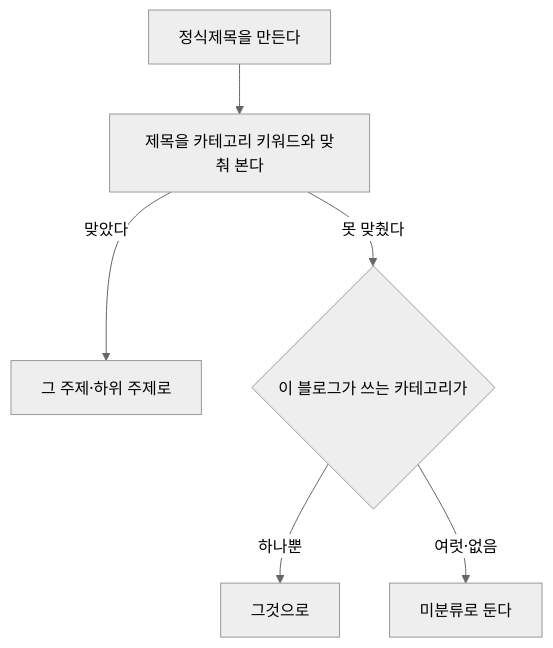
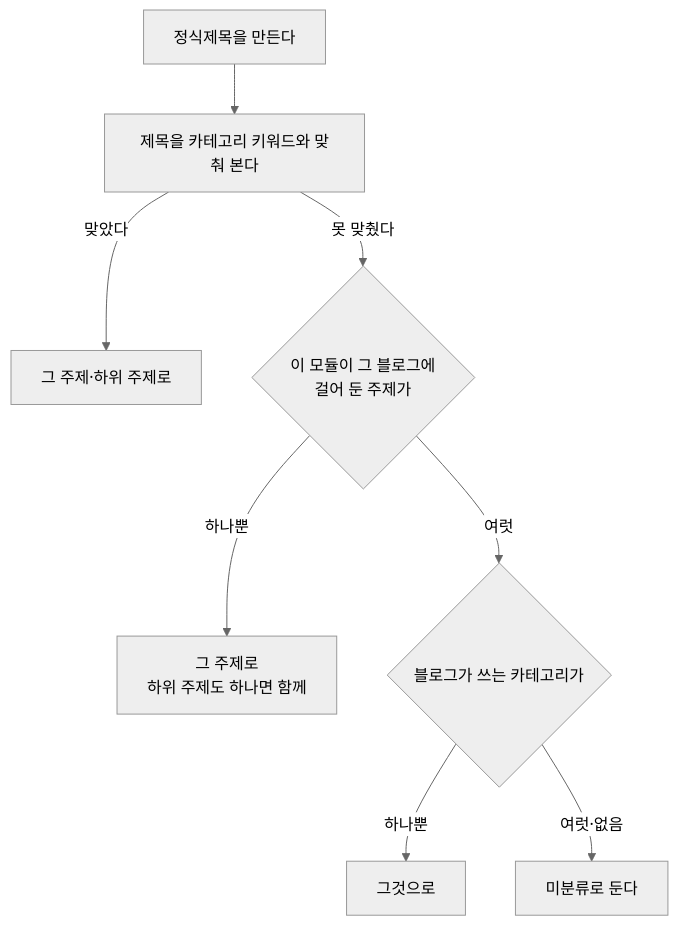
Before and after one commit to jteen-lab/blogauto_v2: the diagram in services/republish/docs/flowcharts/workbench_title_category.md, drawn with Mermaid (neutral theme). The commit also changed other lines of this file and 1 other file, not shown here.

Commit message:
fix(workbench): 모듈이 걸어 둔 주제로도 카테고리를 채운다
제목 키워드 매칭만으로는 여덟 건 중 한 건만 분류됐다. 「퇴실청소」
「임대인 퇴거요청」 같은 말이 카테고리 키워드에 없기 때문이다. 블로그
카테고리 폴백도 두 블로그 모두 6~8개라 쓰이지 않았다.

모듈은 대개 니치 하나에 맞춰 쓴다. 이사노트 모듈은 블로그 21 에 주제
하나(이사/청소)만 걸어 두었으므로 그것이 답이다. 하위 주제가 여럿이면
주제만 채운다 — 어느 하위인지는 제목을 봐야 안다.

순서: 제목 키워드 → 모듈이 걸어 둔 주제 → 블로그 카테고리 → 미분류.

````diff
--- a/services/republish/docs/flowcharts/workbench_title_category.md
+++ b/services/republish/docs/flowcharts/workbench_title_category.md
@@ -13,8 +13,10 @@
 ```mermaid
 flowchart TD
     A[정식제목을 만든다] --> B[제목을 카테고리 키워드와 맞춰 본다]
     B -->|맞았다| C[그 주제·하위 주제로]
-    B -->|못 맞췄다| D{이 블로그가 쓰는 카테고리가}
-    D -->|하나뿐| E[그것으로]
-    D -->|여럿·없음| F[미분류로 둔다]
+    B -->|못 맞췄다| D{이 모듈이 그 블로그에<br/>걸어 둔 주제가}
+    D -->|하나뿐| E[그 주제로<br/>하위 주제도 하나면 함께]
+    D -->|여럿| F{블로그가 쓰는 카테고리가}
+    F -->|하나뿐| G[그것으로]
+    F -->|여럿·없음| H[미분류로 둔다]
 ```
````
